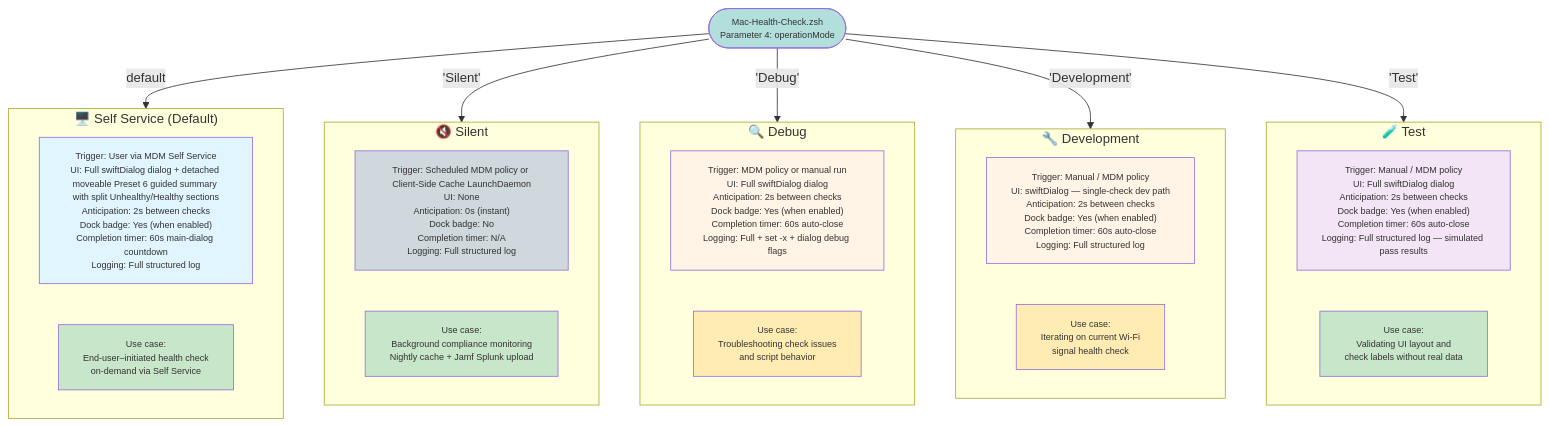
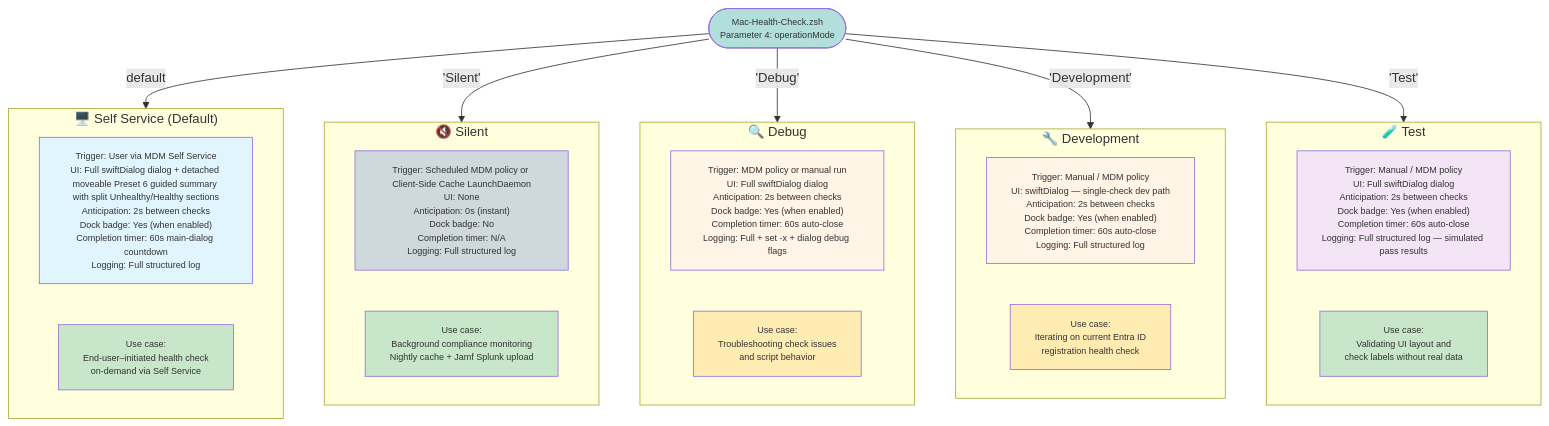
The diagram in Diagrams/05-operation-modes.md (dan-snelson/Mac-Health-Check), drawn with Mermaid before and after one commit. The commit also changed other lines of this file and 23 other files, not shown here.

````diff
--- a/Diagrams/05-operation-modes.md
+++ b/Diagrams/05-operation-modes.md
@@ -5,54 +5,54 @@
 ```mermaid
 graph TB
     ENTRY(["Mac-Health-Check.zsh<br>Parameter 4: operationMode"])
 
     subgraph SelfService["🖥️ Self Service (Default)"]
         SS_DESC["Trigger: User via MDM Self Service<br>UI: Full swiftDialog dialog + detached moveable Preset 6 guided summary with split Unhealthy/Healthy sections<br>Anticipation: 2s between checks<br>Dock badge: Yes (when enabled)<br>Completion timer: 60s main-dialog countdown<br>Logging: Full structured log"]
         SS_USE["Use case:<br>End-user–initiated health check<br>on-demand via Self Service"]
 
         style SS_DESC fill:#e1f5ff
         style SS_USE fill:#c8e6c9
     end
 
     subgraph Silent["🔇 Silent"]
         SL_DESC["Trigger: Scheduled MDM policy or Client-Side Cache LaunchDaemon<br>UI: None<br>Anticipation: 0s (instant)<br>Dock badge: No<br>Completion timer: N/A<br>Logging: Full structured log"]
         SL_USE["Use case:<br>Background compliance monitoring<br>Nightly cache + Jamf Splunk upload"]
 
         style SL_DESC fill:#cfd8dc
         style SL_USE fill:#c8e6c9
     end
 
     subgraph Debug["🔍 Debug"]
         DB_DESC["Trigger: MDM policy or manual run<br>UI: Full swiftDialog dialog<br>Anticipation: 2s between checks<br>Dock badge: Yes (when enabled)<br>Completion timer: 60s auto-close<br>Logging: Full + set -x + dialog debug flags"]
         DB_USE["Use case:<br>Troubleshooting check issues<br>and script behavior"]
 
         style DB_DESC fill:#fff4e6
         style DB_USE fill:#ffecb3
     end
 
     subgraph Development["🔧 Development"]
         DV_DESC["Trigger: Manual / MDM policy<br>UI: swiftDialog — single-check dev path<br>Anticipation: 2s between checks<br>Dock badge: Yes (when enabled)<br>Completion timer: 60s auto-close<br>Logging: Full structured log"]
-        DV_USE["Use case:<br>Iterating on current Wi-Fi<br>signal health check"]
+        DV_USE["Use case:<br>Iterating on current Entra ID<br>registration health check"]
 
         style DV_DESC fill:#fff4e6
         style DV_USE fill:#ffecb3
     end
 
     subgraph Test["🧪 Test"]
         TS_DESC["Trigger: Manual / MDM policy<br>UI: Full swiftDialog dialog<br>Anticipation: 2s between checks<br>Dock badge: Yes (when enabled)<br>Completion timer: 60s auto-close<br>Logging: Full structured log — simulated pass results"]
         TS_USE["Use case:<br>Validating UI layout and<br>check labels without real data"]
 
         style TS_DESC fill:#f3e5f5
         style TS_USE fill:#c8e6c9
     end
 
     ENTRY -->|default| SelfService
     ENTRY -->|"'Silent'"| Silent
     ENTRY -->|"'Debug'"| Debug
     ENTRY -->|"'Development'"| Development
     ENTRY -->|"'Test'"| Test
 
     style ENTRY fill:#b2dfdb
 
     classDef default font-size:11px
 ```
````
